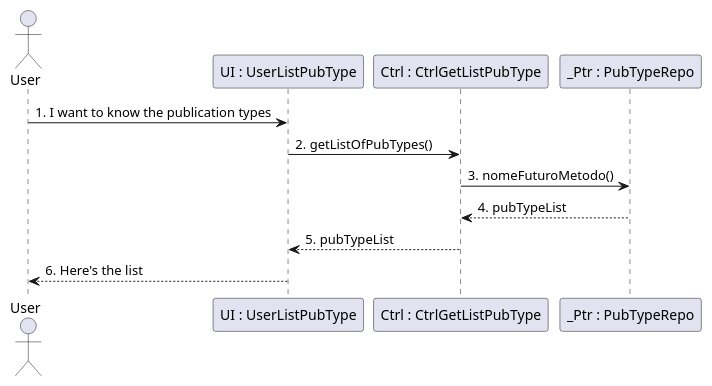
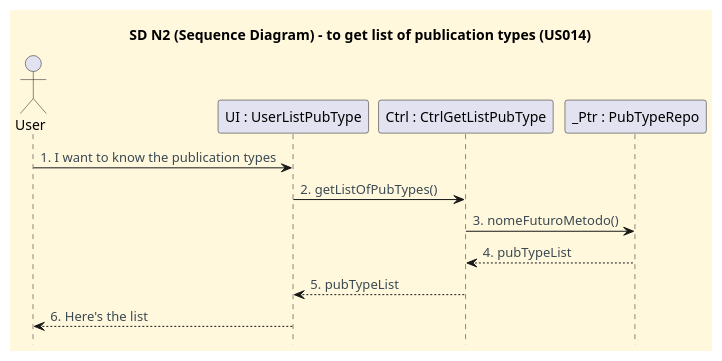
Before and after one commit to CarolinaLeite-collab/JavaMarketplacePlatform: the diagram in docs/userStories/US014/SD_US014.puml, drawn with PlantUML. The commit also changed 1 other file, not shown here.

```diff
--- a/docs/userStories/US014/SD_US014.puml
+++ b/docs/userStories/US014/SD_US014.puml
@@ -1,17 +1,30 @@
 @startuml
+title SD N2 (Sequence Diagram) - to get list of publication types (US014)
+
+'==== basic style ====
+skinparam monochrome false
+skinparam shadowing false
+skinparam defaultFontName Futura
+skinparam objectFontSize 20
+skinparam backgroundColor CornSilk
+skinparam objectBackgroundColor WhiteSmoke
+skinparam noteBackgroundColor #FFFFE0
+skinparam ArrowFontColor #3B4953
+skinparam ActivationBackgroundColor black
+hidefootbox
 
 actor User
 
 participant "UI : UserListPubType" as UI
 participant "Ctrl : CtrlGetListPubType" as CTRL
 participant "_Ptr : PubTypeRepo" as SVC
 
 User -> UI : 1. I want to know the publication types
 UI -> CTRL : 2. getListOfPubTypes()
 CTRL -> SVC : 3. nomeFuturoMetodo()
 
 SVC --> CTRL : 4. pubTypeList
 CTRL --> UI : 5. pubTypeList
 UI --> User : 6. Here's the list
 
 @enduml
```
